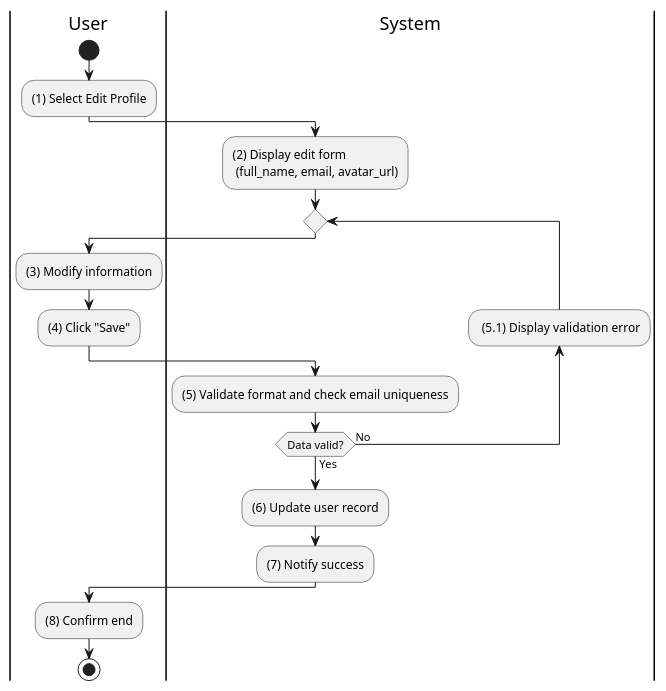
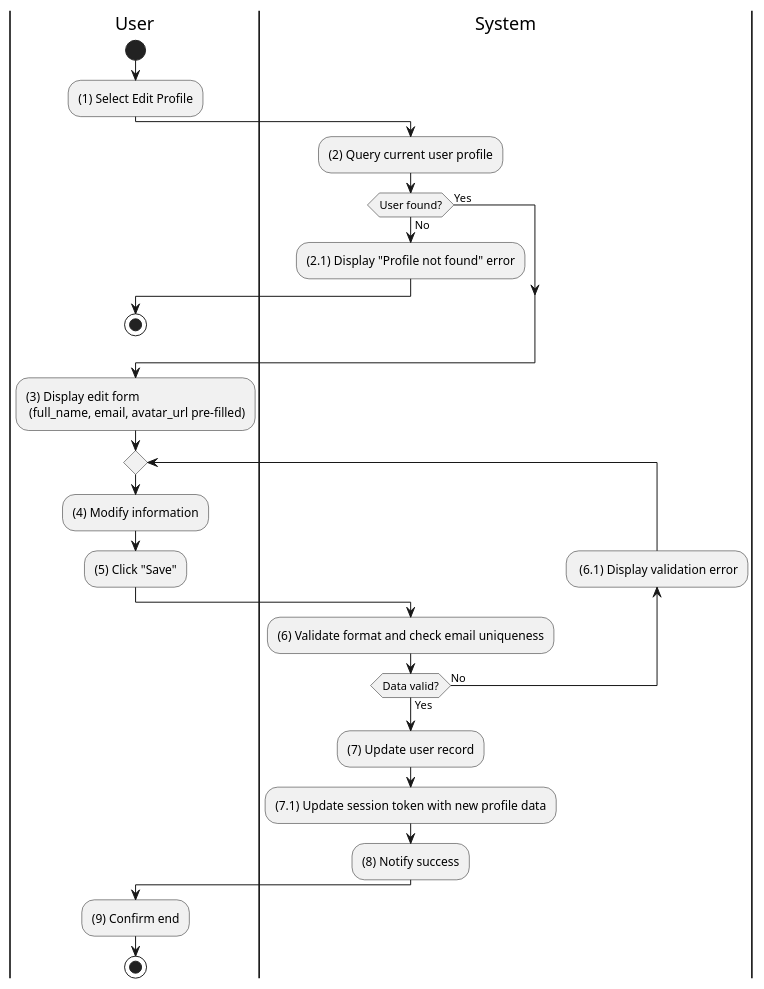
One commit to taskpilot-platform/taskpilot-platform.github.io changed the diagram in docs/docs/activity/user-profile/update-personal-information.md. Above: the diagram before and after it, drawn with PlantUML. The commit also changed 17 other files, not shown here.

````diff
--- a/docs/docs/activity/user-profile/update-personal-information.md
+++ b/docs/docs/activity/user-profile/update-personal-information.md
@@ -3,31 +3,41 @@
 ```plantuml
 @startuml
 |U|User
 |S|System
 
 |U|
 start
 :(1) Select Edit Profile;
 
 |S|
-:(2) Display edit form \n (full_name, email, avatar_url);
+:(2) Query current user profile;
+
+if (User found?) then (No)
+  :(2.1) Display "Profile not found" error;
+  |U|
+  stop
+else (Yes)
+endif
+
+:(3) Display edit form \n (full_name, email, avatar_url pre-filled);
 
 repeat
   |U|
-  :(3) Modify information;
-  :(4) Click "Save";
+  :(4) Modify information;
+  :(5) Click "Save";
 
   |S|
-  :(5) Validate format and check email uniqueness;
-  backward: (5.1) Display validation error;
+  :(6) Validate format and check email uniqueness;
+  backward: (6.1) Display validation error;
 repeat while (Data valid?) is (No) not (Yes)
 
-:(6) Update user record;
-:(7) Notify success;
+:(7) Update user record;
+:(7.1) Update session token with new profile data;
+:(8) Notify success;
 
 |U|
-:(8) Confirm end;
+:(9) Confirm end;
 
 stop
 @enduml
 ```
````
